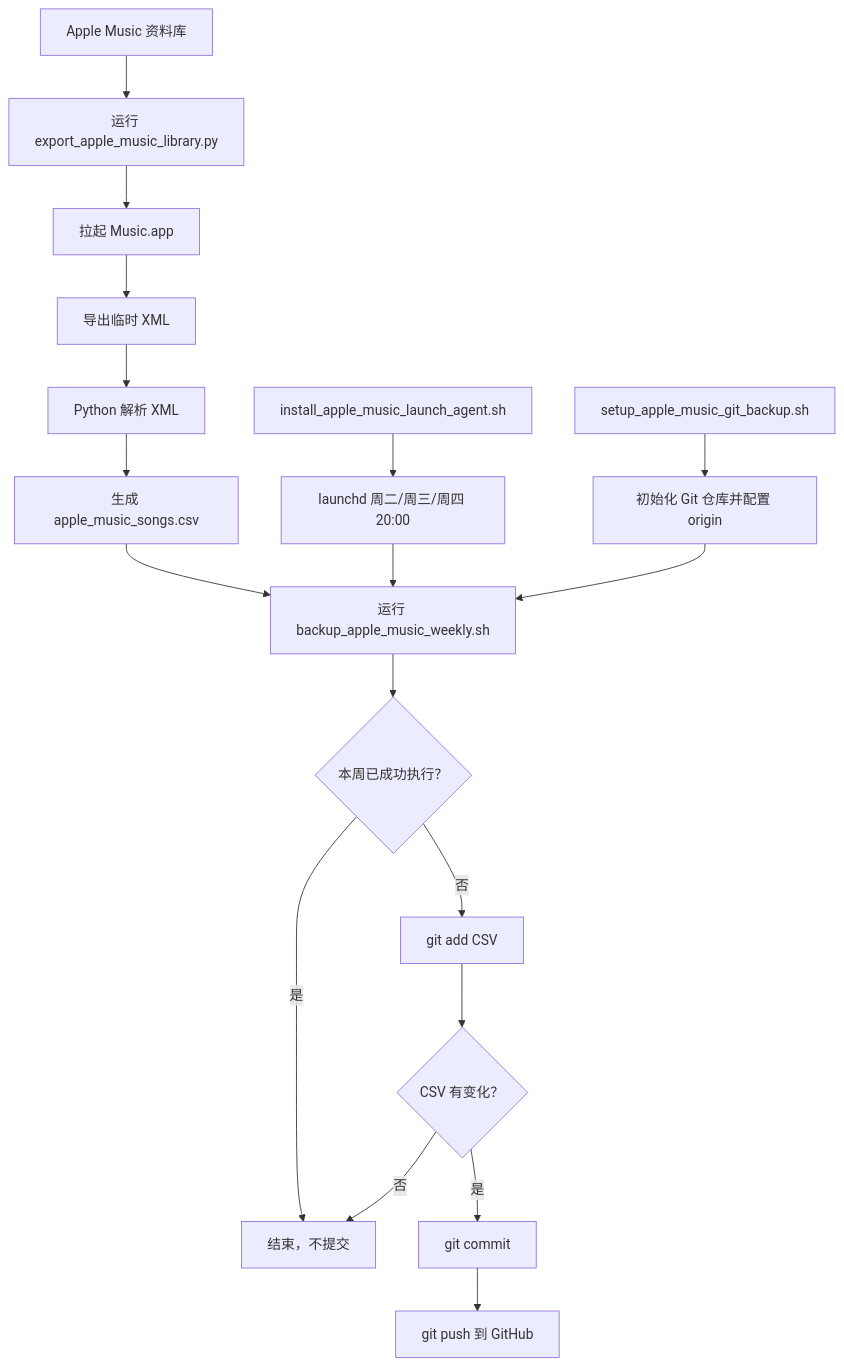
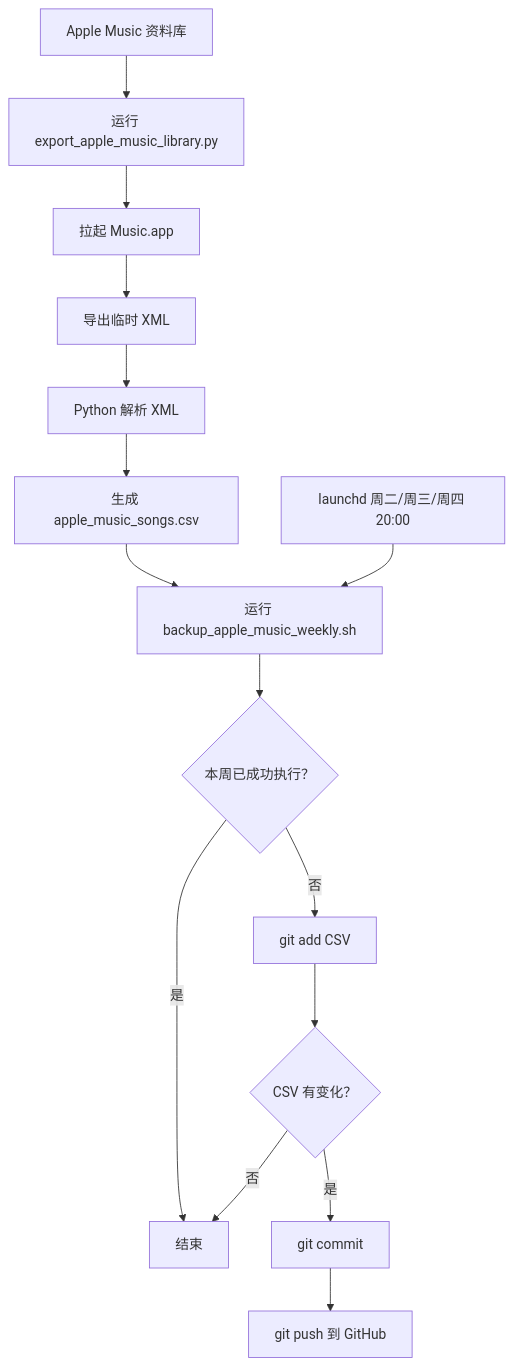
One commit to kieran107/appleMusic-backup changed the diagram in README.md. Above: the diagram before and after it, drawn with Mermaid. The commit also changed other lines of this file, not shown here.

````diff
--- a/README.md
+++ b/README.md
@@ -116,22 +68,19 @@
 ```mermaid
 flowchart TD
     A["Apple Music 资料库"] --> B["运行 export_apple_music_library.py"]
     B --> C["拉起 Music.app"]
     C --> D["导出临时 XML"]
     D --> E["Python 解析 XML"]
     E --> F["生成 apple_music_songs.csv"]
 
     F --> G["运行 backup_apple_music_weekly.sh"]
     G --> Q{"本周已成功执行？"}
-    Q -- "是" --> J["结束，不提交"]
+    Q -- "是" --> J["结束"]
     Q -- "否" --> H["git add CSV"]
     H --> I{"CSV 有变化？"}
     I -- "否" --> J
     I -- "是" --> K["git commit"]
     K --> L["git push 到 GitHub"]
 
     M["launchd 周二/周三/周四 20:00"] --> G
-    N["install_apple_music_launch_agent.sh"] --> M
-    O["setup_apple_music_git_backup.sh"] --> P["初始化 Git 仓库并配置 origin"]
-    P --> G
 ```
````
